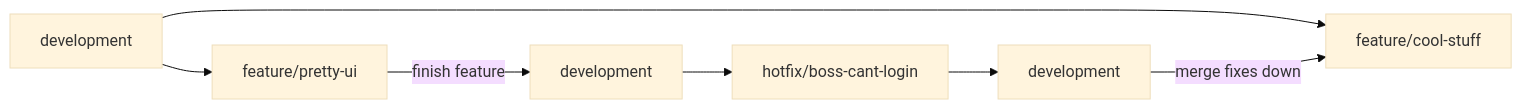
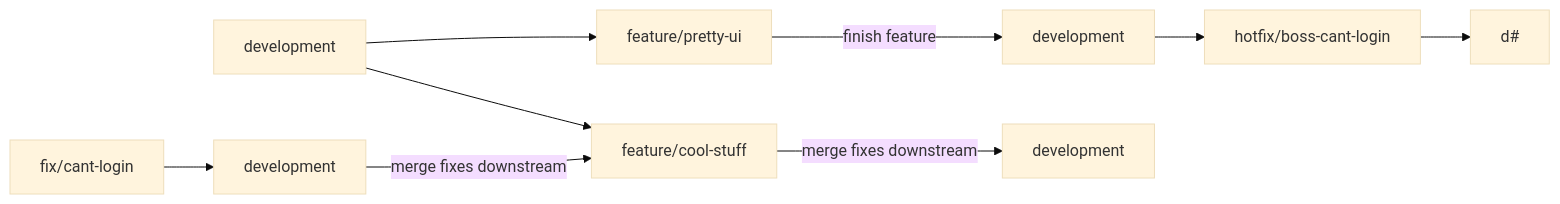
Before and after one commit to hasparus/software-engineering-class: the diagram in testy/plan_zarządzania_jakością_produktu.md, drawn with Mermaid (base theme). The commit also changed other lines of this file, not shown here.

Commit message:
Uploaded by https://stackedit.io/

````diff
--- a/testy/plan_zarządzania_jakością_produktu.md
+++ b/testy/plan_zarządzania_jakością_produktu.md
@@ -19,10 +19,11 @@
 ```mermaid
 graph LR;
 	d#1[development]-->feature/cool-stuff;
 	d#1[development]-->feature/pretty-ui;
 	feature/pretty-ui--finish feature-->d#2[development];
-	d#3[development]--merge fixes down-->feature/cool-stuff;
+	d#3[development]--merge fixes downstream-->feature/cool-stuff;
 	d#2[development]-->hotfix/boss-cant-login;
-	hotfix/boss-cant-login-->d#3[development]	
-	
+	hotfix/boss-cant-login-->d#
+	fix/cant-login-->d#3[development]	
+	feature/cool-stuff--merge fixes downstream-->d#4[development];	
 ```
````
